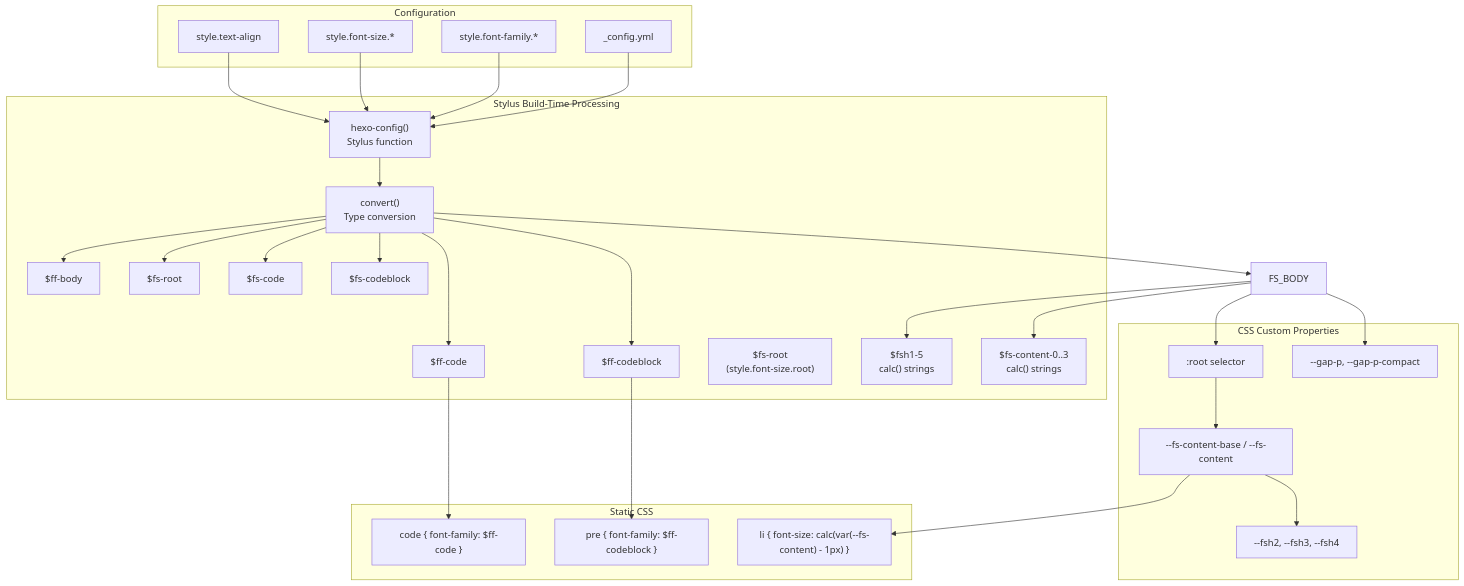
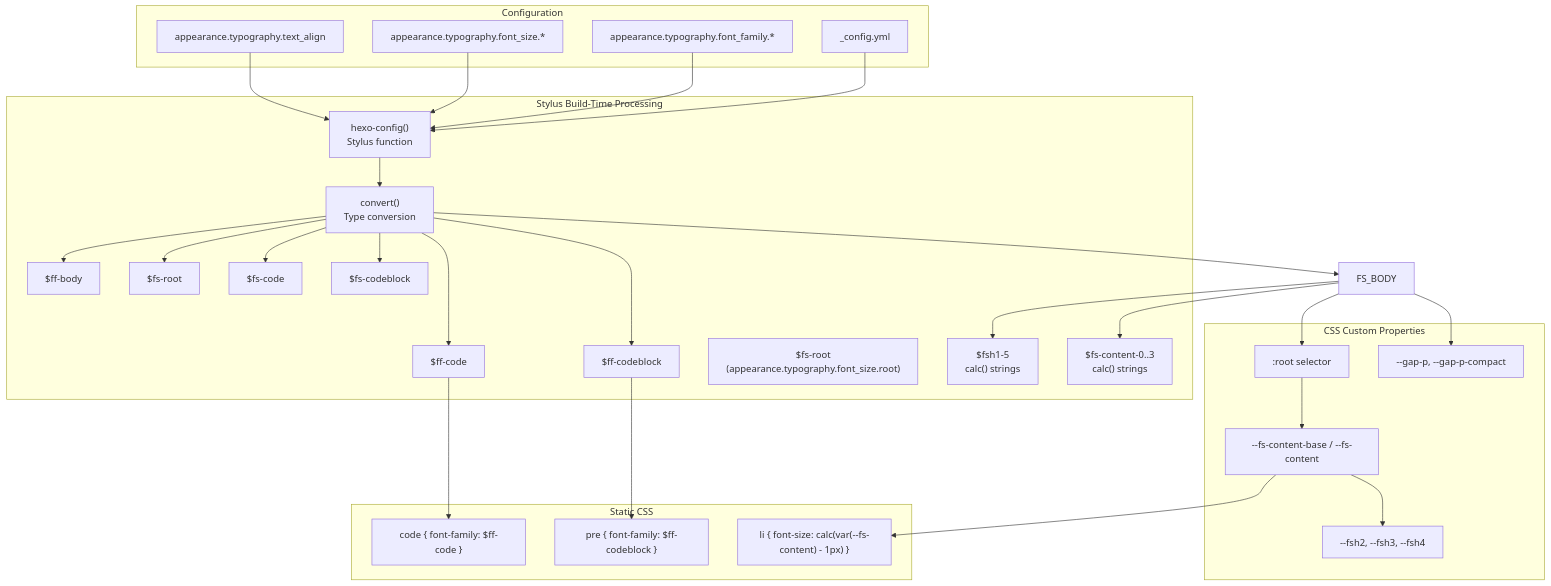
One commit to xaoxuu/hexo-theme-stellar changed the first of 3 diagrams in docs/knowledge/01-样式系统/typography.md. Above: the diagram before and after it, drawn with Mermaid. The commit also changed other lines of this file and 79 other files, not shown here.

````diff
--- a/docs/knowledge/01-样式系统/typography.md
+++ b/docs/knowledge/01-样式系统/typography.md
@@ -35,65 +35,65 @@
 ```mermaid
 graph TB
     subgraph "Configuration"
         YML["_config.yml"]
-        FONT_FAM["style.font-family.*"]
-        FONT_SIZE["style.font-size.*"]
-        TEXT_ALIGN["style.text-align"]
+        FONT_FAM["appearance.typography.font_family.*"]
+        FONT_SIZE["appearance.typography.font_size.*"]
+        TEXT_ALIGN["appearance.typography.text_align"]
     end
     
     subgraph "Stylus Build-Time Processing"
         HEXO_CFG["hexo-config()<br/>Stylus function"]
         CONVERT["convert()<br/>Type conversion"]
         
         FF_BODY["$ff-body"]
         FF_CODE["$ff-code"]
         FF_CODEBLOCK["$ff-codeblock"]
         
         FS_ROOT["$fs-root"]
-        FS_BASE["$fs-root<br/>(style.font-size.root)"]
+        FS_BASE["$fs-root<br/>(appearance.typography.font_size.root)"]
         FS_CODE["$fs-code"]
         FS_CODEBLOCK["$fs-codeblock"]
         
         FSH_CALC["$fsh1-5<br/>calc() strings"]
         FSP_CALC["$fs-content-0..3<br/>calc() strings"]
     end
     
     subgraph "CSS Custom Properties"
         ROOT[":root selector"]
         VAR_FSP["--fs-content-base / --fs-content"]
         VAR_FSH["--fsh2, --fsh3, --fsh4"]
         VAR_GAP["--gap-p, --gap-p-compact"]
     end
     
     subgraph "Static CSS"
         CODE_FF["code { font-family: $ff-code }"]
         PRE_FF["pre { font-family: $ff-codeblock }"]
         LI_FS["li { font-size: calc(var(--fs-content) - 1px) }"]
     end
     
     YML --> HEXO_CFG
     FONT_FAM --> HEXO_CFG
     FONT_SIZE --> HEXO_CFG
     TEXT_ALIGN --> HEXO_CFG
     
     HEXO_CFG --> CONVERT
     CONVERT --> FF_BODY
     CONVERT --> FF_CODE
     CONVERT --> FF_CODEBLOCK
     CONVERT --> FS_ROOT
     CONVERT --> FS_BODY
     CONVERT --> FS_CODE
     CONVERT --> FS_CODEBLOCK
     
     FS_BODY --> FSH_CALC
     FS_BODY --> FSP_CALC
     
     FS_BODY --> ROOT
     ROOT --> VAR_FSP
     VAR_FSP --> VAR_FSH
     FS_BODY --> VAR_GAP
     
     FF_CODE --> CODE_FF
     FF_CODEBLOCK --> PRE_FF
     VAR_FSP --> LI_FS
 ```
````
